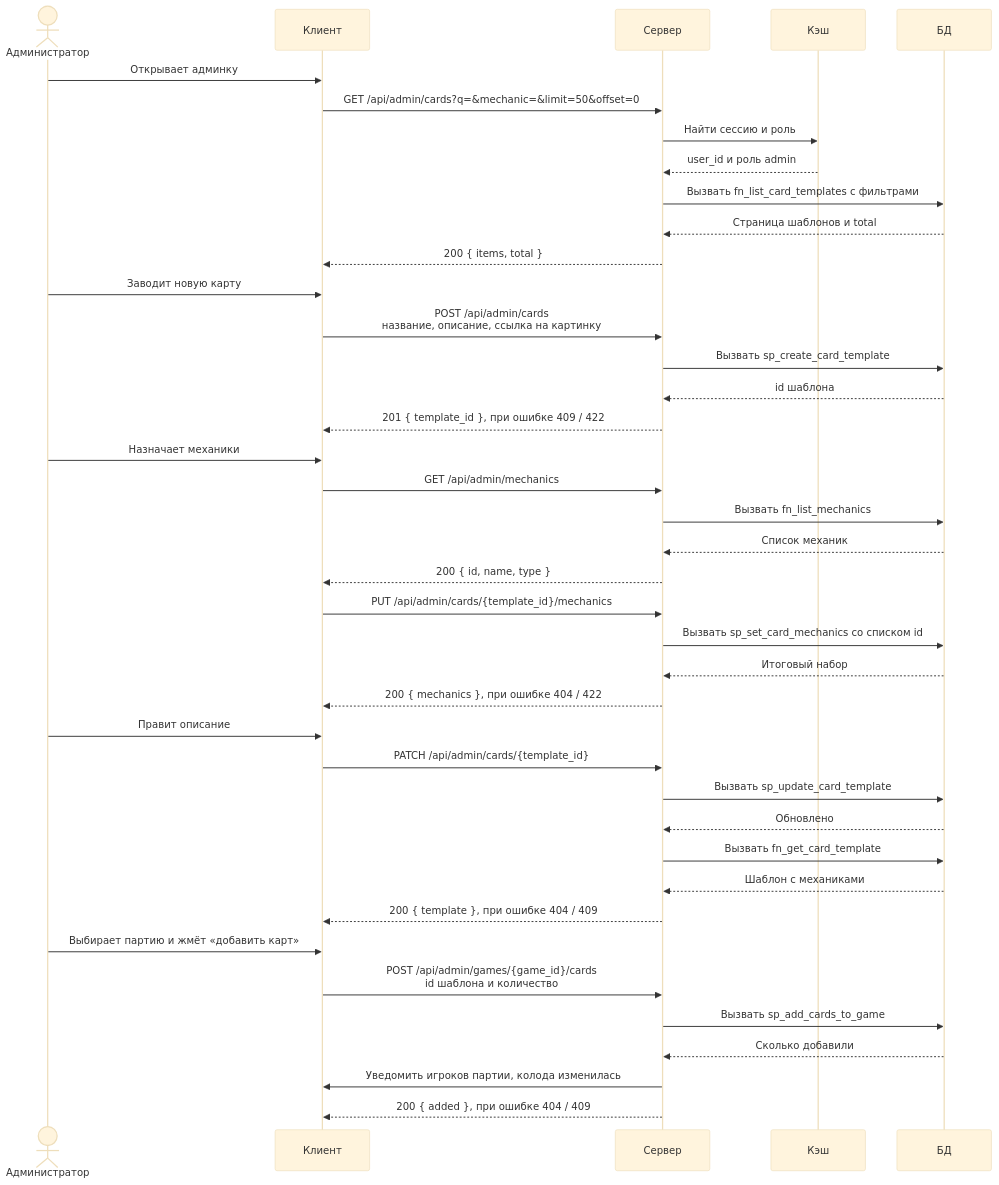
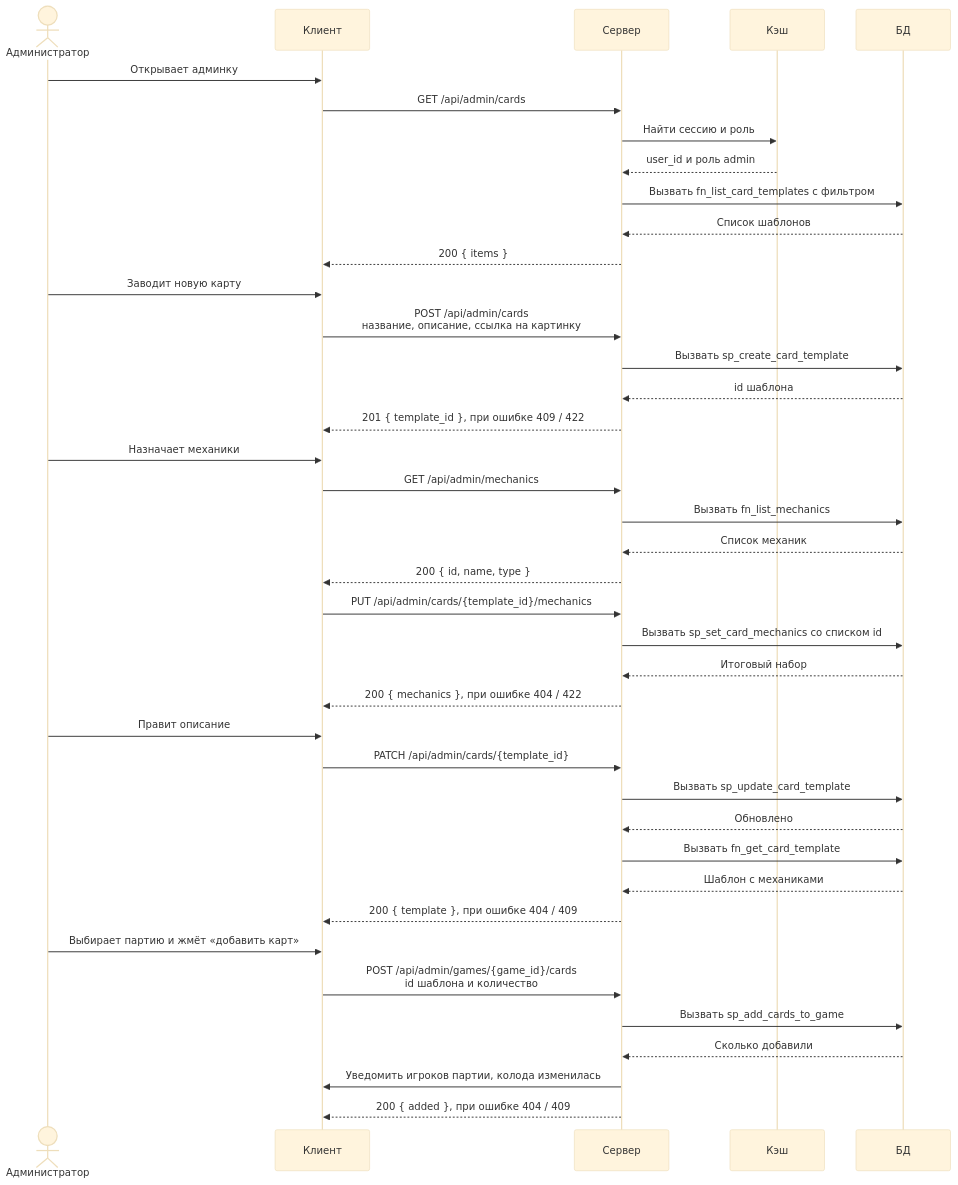
Before and after one commit to docup1/edin-game: the diagram in diagrams/admin.mmd, drawn with Mermaid (base theme). The commit also changed 2 other files, not shown here.

```diff
--- a/diagrams/admin.mmd
+++ b/diagrams/admin.mmd
@@ -1,64 +1,65 @@
 %% Админка: библиотека карт и наполнение колоды партии.
 %% Роль admin приходит из токена провайдера при входе и лежит в сессии.
 %% Общий ответ для всех эндпоинтов админки: 401 без сессии, 403 если роль не admin.
 sequenceDiagram
     actor A as Администратор
     participant C as Клиент
     participant S as Сервер
     participant K as Кэш
     participant D as БД
 
     A->>C: Открывает админку
-    C->>S: GET /api/admin/cards?q=&mechanic=&limit=50&offset=0
+    %% Фильтр search живёт в колонке Query таблицы в API.md, на стрелке его нет.
+    C->>S: GET /api/admin/cards
     S->>K: Найти сессию и роль
     K-->>S: user_id и роль admin
-    S->>D: Вызвать fn_list_card_templates с фильтрами
-    D-->>S: Страница шаблонов и total
-    S-->>C: 200 { items, total }
+    S->>D: Вызвать fn_list_card_templates с фильтром
+    D-->>S: Список шаблонов
+    S-->>C: 200 { items }
 
     A->>C: Заводит новую карту
     C->>S: POST /api/admin/cards<br/>название, описание, ссылка на картинку
     S->>D: Вызвать sp_create_card_template
     D-->>S: id шаблона
     S-->>C: 201 { template_id }, при ошибке 409 / 422
 
     A->>C: Назначает механики
     C->>S: GET /api/admin/mechanics
     S->>D: Вызвать fn_list_mechanics
     D-->>S: Список механик
     S-->>C: 200 { id, name, type }
     C->>S: PUT /api/admin/cards/{template_id}/mechanics
     S->>D: Вызвать sp_set_card_mechanics со списком id
     D-->>S: Итоговый набор
     S-->>C: 200 { mechanics }, при ошибке 404 / 422
 
     A->>C: Правит описание
     C->>S: PATCH /api/admin/cards/{template_id}
     S->>D: Вызвать sp_update_card_template
     D-->>S: Обновлено
     S->>D: Вызвать fn_get_card_template
     D-->>S: Шаблон с механиками
     S-->>C: 200 { template }, при ошибке 404 / 409
 
     A->>C: Выбирает партию и жмёт «добавить карт»
     C->>S: POST /api/admin/games/{game_id}/cards<br/>id шаблона и количество
     S->>D: Вызвать sp_add_cards_to_game
     D-->>S: Сколько добавили
     S->>C: Уведомить игроков партии, колода изменилась
     S-->>C: 200 { added }, при ошибке 404 / 409
 
     %% Карта - это картинка, описание и набор механик. Хранится один раз в
     %% card_templates, экземпляры карт в партии ссылаются на неё.
-    %% Параметры списка: q - поиск по имени и описанию, mechanic - только карты
-    %% с этой механикой, limit - до 200, offset - страницы.
+    %% search - поиск по имени, описанию и названию механики, пустой - без
+    %% фильтра. Страниц нет, список приходит целиком.
     %% Ссылка на картинку должна быть уникальной, иначе 409.
     %% Справочник из 20 механик зашит в базе, новые добавляются только миграцией,
     %% админ выбирает из существующих.
     %% Список механик заменяется целиком: лишние связи удаляются, недостающие
     %% добавляются.
     %% Наполнение колоды работает, только пока партия не началась. Создаётся нужное
     %% число строк в cards, каждая со своей id и ссылкой на шаблон.
     %% Проверка роли идёт в кэше, сама проверка в базе. Кэш можно потерять -
     %% админ просто войдёт заново.
     %% Удалять шаблоны нельзя: экземпляры карт ссылаются на шаблон с запретом
     %% удаления, поэтому правка шаблона видна во всех партиях, где он роздан.
```
